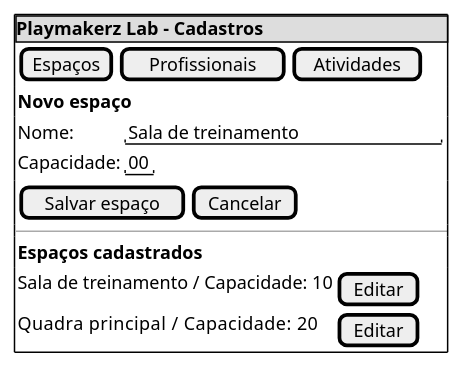
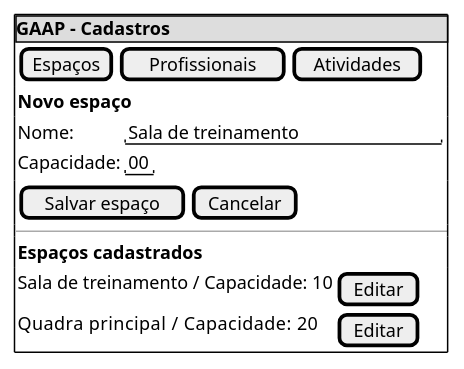
Before and after one commit to Projetos-de-Extensao/PECDII_26.2_8001_I: the third of 6 diagrams in docs/Iniciacao/prototipo_baixa_fidelidade.md, drawn with PlantUML. The commit also changed other lines of this file and 13 other files, not shown here.

````diff
--- a/docs/Iniciacao/prototipo_baixa_fidelidade.md
+++ b/docs/Iniciacao/prototipo_baixa_fidelidade.md
@@ -110,35 +110,35 @@
 ```plantuml
 @startsalt
 {+
-    {* <b>Playmakerz Lab - Cadastros}
+    {* <b>GAAP - Cadastros}
 
     {
         [Espaços] | [Profissionais] | [Atividades]
     }
 
     {
         <b>Novo espaço
     }
 
     {
         Nome: | "Sala de treinamento       "
         Capacidade: | "00"
     }
 
     {
         [Salvar espaço] | [Cancelar]
     }
 
     --
 
     {
         <b>Espaços cadastrados
     }
 
     {
         Sala de treinamento / Capacidade: 10 | [Editar]
         Quadra principal    / Capacidade: 20 | [Editar]
     }
 }
 @endsalt
 ```
````
